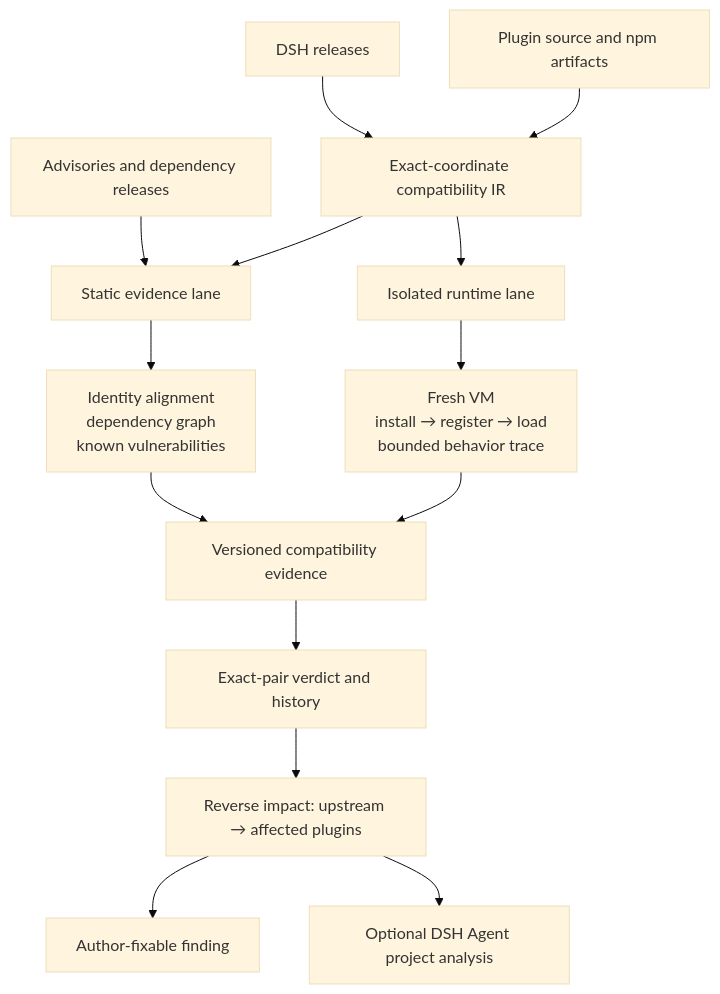
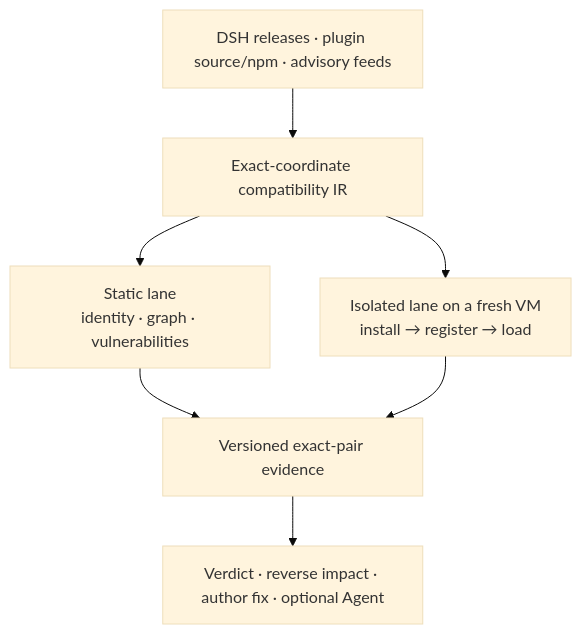
Before and after one commit to MicroMilo/upstream-radar: the diagram in README.md, drawn with Mermaid (base theme).

Commit message:
docs: compact the README framework diagram

````diff
--- a/README.md
+++ b/README.md
@@ -24,20 +24,9 @@
 ```mermaid
 flowchart TB
-  DSH["DSH releases"] --> IR["Exact-coordinate compatibility IR"]
-  Plugin["Plugin source and npm artifacts"] --> IR
-  Feed["Advisories and dependency releases"] --> StaticLane["Static evidence lane"]
-
-  IR --> StaticLane
-  IR --> RuntimeLane["Isolated runtime lane"]
-
-  StaticLane --> StaticFacts["Identity alignment<br/>dependency graph<br/>known vulnerabilities"]
-  RuntimeLane --> RuntimeFacts["Fresh VM<br/>install → register → load<br/>bounded behavior trace"]
-
-  StaticFacts --> Evidence["Versioned compatibility evidence"]
-  RuntimeFacts --> Evidence
-
-  Evidence --> Verdict["Exact-pair verdict and history"]
-  Verdict --> Impact["Reverse impact: upstream → affected plugins"]
-  Impact --> Repair["Author-fixable finding"]
-  Impact --> Agent["Optional DSH Agent project analysis"]
+  Input["DSH releases · plugin source/npm · advisory feeds"] --> IR["Exact-coordinate compatibility IR"]
+  IR --> Static["Static lane<br/>identity · graph · vulnerabilities"]
+  IR --> Runtime["Isolated lane on a fresh VM<br/>install → register → load"]
+  Static --> Evidence["Versioned exact-pair evidence"]
+  Runtime --> Evidence
+  Evidence --> Action["Verdict · reverse impact · author fix · optional Agent"]
 ```
````
